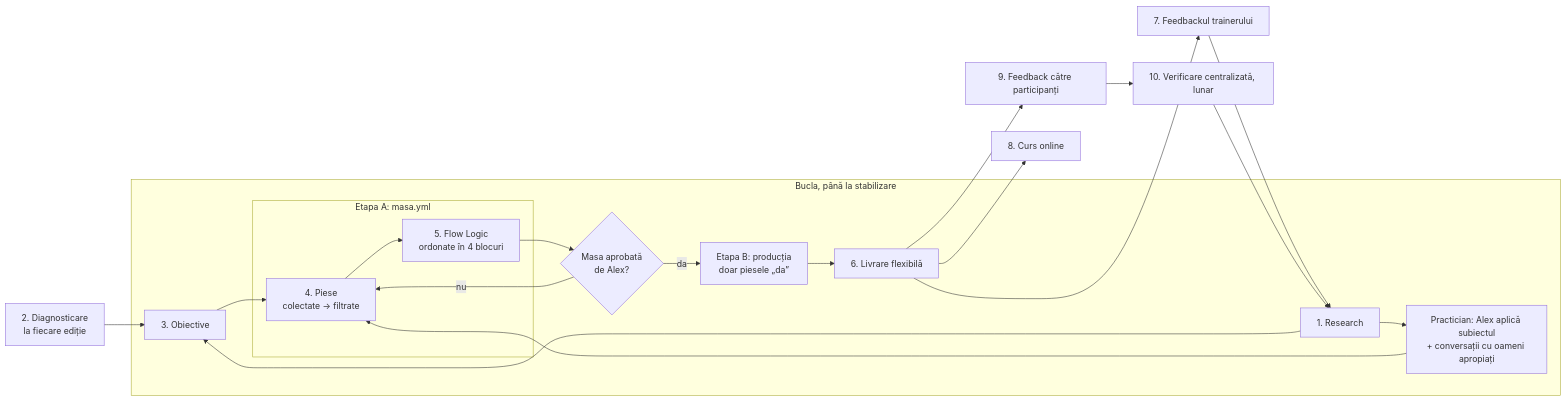
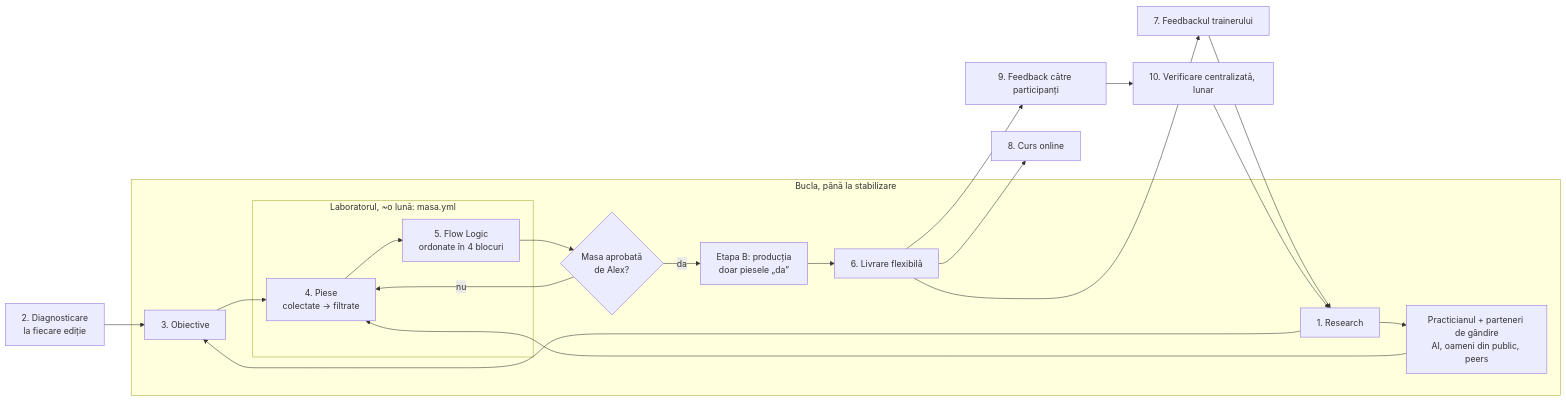
Before and after one commit to alexandrumolea/AgentsTeam: the diagram in docs/procese/curs-nou.md, drawn with Mermaid. The commit also changed other lines of this file and 17 other files, not shown here.

Commit message:
D-066: echipa Learning Studio; etapa A devine Laboratorul (practician, researcher, parteneri de gândire)

````diff
--- a/docs/procese/curs-nou.md
+++ b/docs/procese/curs-nou.md
@@ -18,20 +25,20 @@
 ```mermaid
 flowchart LR
   D[2. Diagnosticare<br/>la fiecare ediție] --> O
   subgraph Bucla["Bucla, până la stabilizare"]
     R[1. Research] --> O[3. Obiective]
-    subgraph A["Etapa A: masa.yml"]
+    subgraph A["Laboratorul, ~o lună: masa.yml"]
       P[4. Piese<br/>colectate → filtrate] --> F[5. Flow Logic<br/>ordonate în 4 blocuri]
     end
     O --> P
-    R --> PR[Practician: Alex aplică subiectul<br/>+ conversații cu oameni apropiați]
+    R --> PR[Practicianul + parteneri de gândire<br/>AI, oameni din public, peers]
     PR --> P
     F --> G{Masa aprobată<br/>de Alex?}
     G -- nu --> P
     G -- da --> B[Etapa B: producția<br/>doar piesele „da”] --> L[6. Livrare flexibilă]
   end
   L --> T[7. Feedbackul trainerului] --> R
   L --> C[8. Curs online]
   L --> FP[9. Feedback către participanți] --> V[10. Verificare centralizată, lunar]
   V --> R
 ```
````
